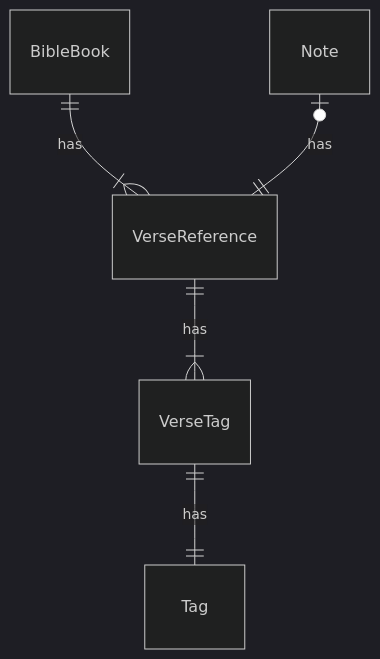
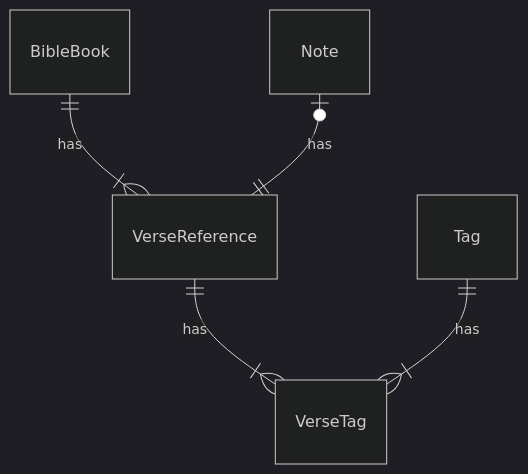
Before and after one commit to ezra-bible-app/ezra-bible-app: the second of 2 diagrams in DESIGN.md, drawn with Mermaid (dark theme). The commit also changed other lines of this file, not shown here.

Commit message:
Update DESIGN document (DB Schema)

```diff
--- a/DESIGN.md
+++ b/DESIGN.md
@@ -68,7 +68,7 @@
 <div class="mermaid">
 erDiagram
     BibleBook                 ||--|{    VerseReference      : has
+    Note                      o|--||    VerseReference      : has
     VerseReference            ||--|{    VerseTag            : has
-    Note                      o|--||    VerseReference      : has
-    VerseTag                  ||--||    Tag                 : has
+    Tag                       ||--|{    VerseTag            : has
 </div>
```
